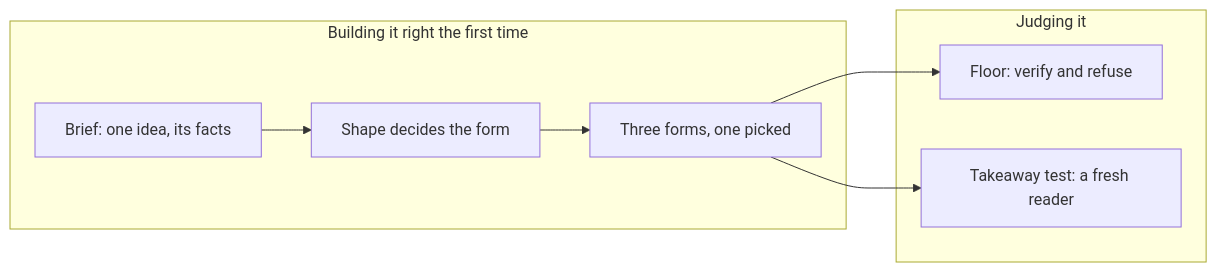
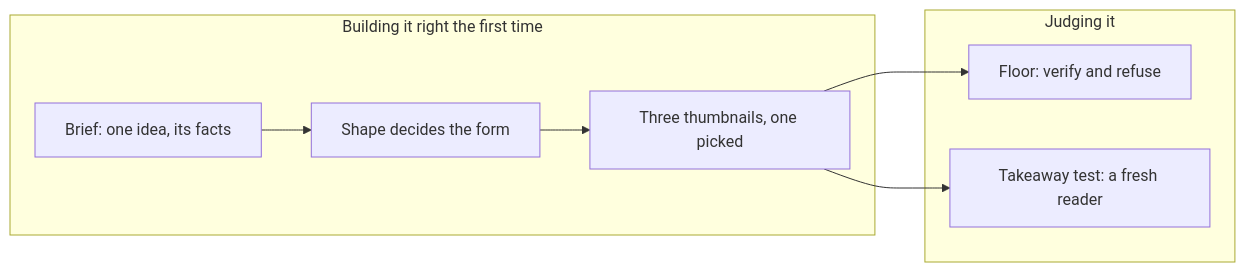
Before and after one commit to HJeon139/postbox: the diagram in designs/skills/visual-explainer/README.md, drawn with Mermaid. The commit also changed other lines of this file and 1 other file, not shown here.

First line of the commit message:
feat(skills): the visual explainer draws three thumbnails before the full visual

````diff
--- a/designs/skills/visual-explainer/README.md
+++ b/designs/skills/visual-explainer/README.md
@@ -18,13 +18,13 @@
 ```mermaid
 flowchart LR
   subgraph build["Building it right the first time"]
     brief["Brief: one idea, its facts"] --> shape["Shape decides the form"]
-    shape --> forms["Three forms, one picked"]
+    shape --> forms["Three thumbnails, one picked"]
   end
   subgraph review["Judging it"]
     floor["Floor: verify and refuse"]
     take["Takeaway test: a fresh reader"]
   end
   forms --> floor
   forms --> take
 ```
````
